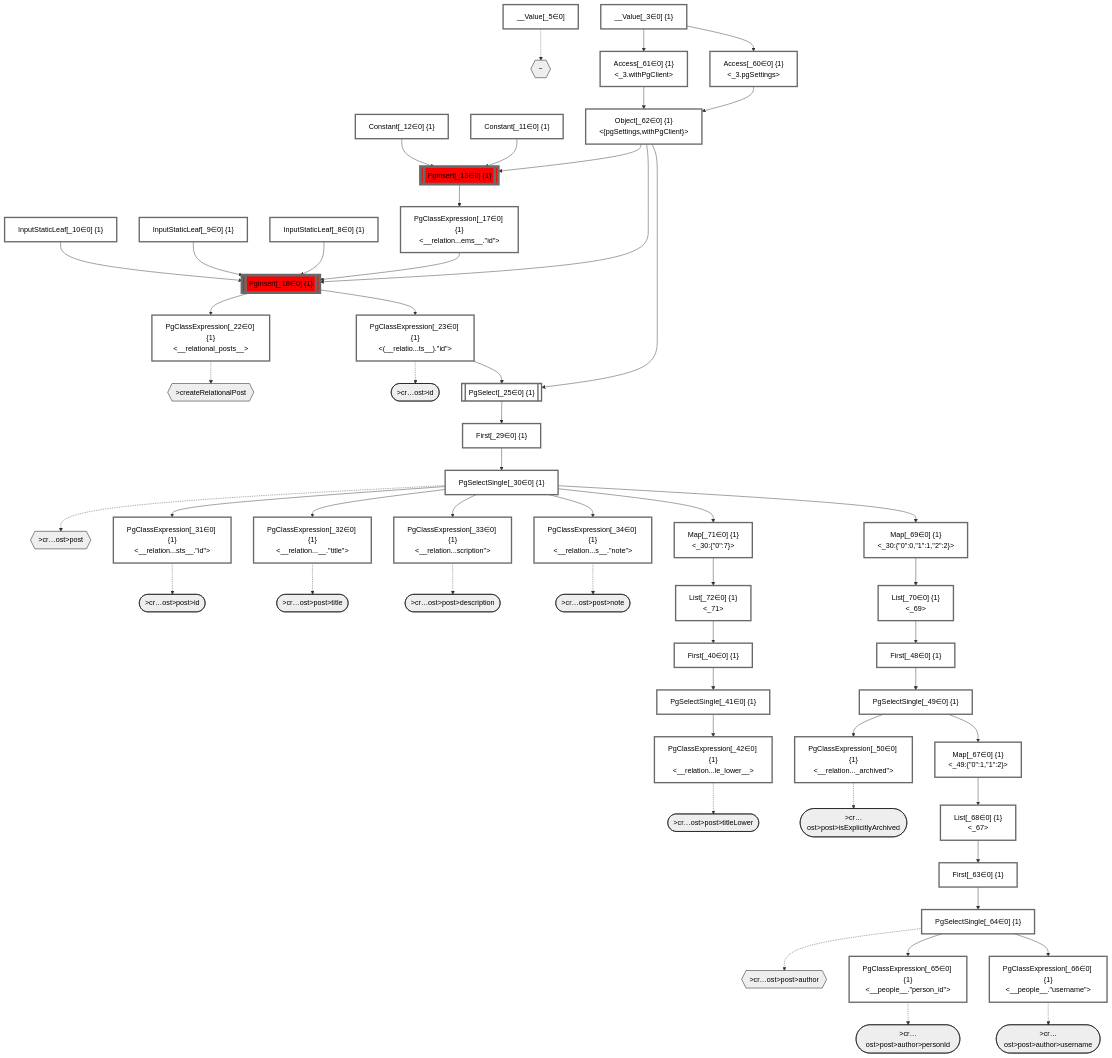
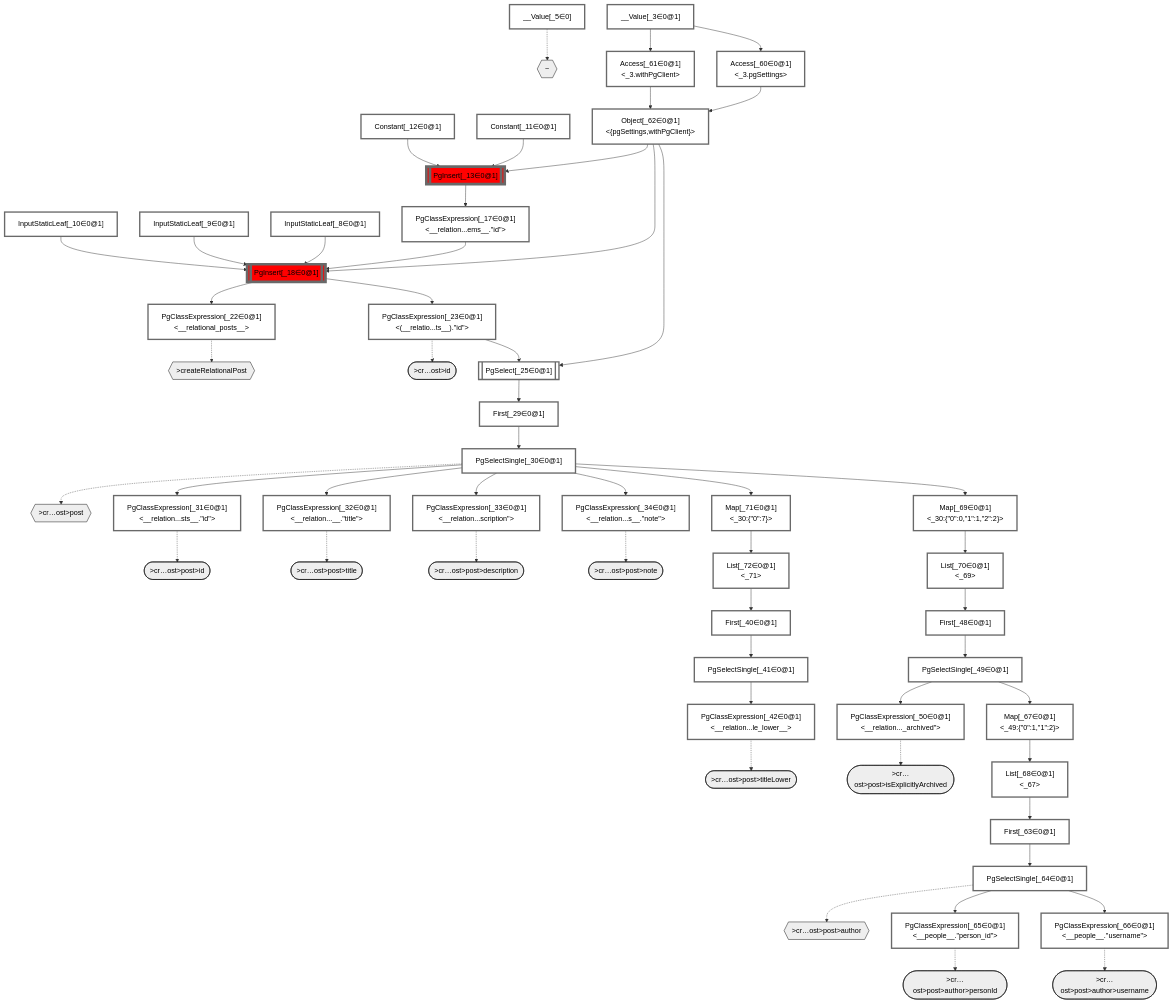
The diagram in packages/dataplan-pg/__tests__/mutations/basics/create-relational-post.mermaid.md (graphile/crystal), drawn with Mermaid before and after one commit. The commit also changed 41 other files, not shown here.

Commit message:
New mermaid output with primary group IDs

```diff
--- a/packages/dataplan-pg/__tests__/mutations/basics/create-relational-post.mermaid.md
+++ b/packages/dataplan-pg/__tests__/mutations/basics/create-relational-post.mermaid.md
@@ -34,44 +34,44 @@
     %% end
 
     %% define plans
-    __Value_3["__Value[_3∈0] {1}<br /><context>"]:::plan
+    __Value_3["__Value[_3∈0@1]<br /><context>"]:::plan
     __Value_5["__Value[_5∈0]<br /><rootValue>"]:::plan
-    InputStaticLeaf_8["InputStaticLeaf[_8∈0] {1}"]:::plan
-    InputStaticLeaf_9["InputStaticLeaf[_9∈0] {1}"]:::plan
-    InputStaticLeaf_10["InputStaticLeaf[_10∈0] {1}"]:::plan
-    Constant_11["Constant[_11∈0] {1}"]:::plan
-    Constant_12["Constant[_12∈0] {1}"]:::plan
-    PgInsert_13[["PgInsert[_13∈0] {1}"]]:::sideeffectplan
-    PgClassExpression_17["PgClassExpression[_17∈0] {1}<br /><__relation...ems__.#quot;id#quot;>"]:::plan
-    PgInsert_18[["PgInsert[_18∈0] {1}"]]:::sideeffectplan
-    PgClassExpression_22["PgClassExpression[_22∈0] {1}<br /><__relational_posts__>"]:::plan
-    PgClassExpression_23["PgClassExpression[_23∈0] {1}<br /><(__relatio...ts__).#quot;id#quot;>"]:::plan
-    PgSelect_25[["PgSelect[_25∈0] {1}<br /><relational_posts>"]]:::plan
-    First_29["First[_29∈0] {1}"]:::plan
-    PgSelectSingle_30["PgSelectSingle[_30∈0] {1}<br /><relational_posts>"]:::plan
-    PgClassExpression_31["PgClassExpression[_31∈0] {1}<br /><__relation...sts__.#quot;id#quot;>"]:::plan
-    PgClassExpression_32["PgClassExpression[_32∈0] {1}<br /><__relation...__.#quot;title#quot;>"]:::plan
-    PgClassExpression_33["PgClassExpression[_33∈0] {1}<br /><__relation...scription#quot;>"]:::plan
-    PgClassExpression_34["PgClassExpression[_34∈0] {1}<br /><__relation...s__.#quot;note#quot;>"]:::plan
-    First_40["First[_40∈0] {1}"]:::plan
-    PgSelectSingle_41["PgSelectSingle[_41∈0] {1}<br /><text>"]:::plan
-    PgClassExpression_42["PgClassExpression[_42∈0] {1}<br /><__relation...le_lower__>"]:::plan
-    First_48["First[_48∈0] {1}"]:::plan
-    PgSelectSingle_49["PgSelectSingle[_49∈0] {1}<br /><relational_items>"]:::plan
-    PgClassExpression_50["PgClassExpression[_50∈0] {1}<br /><__relation..._archived#quot;>"]:::plan
-    Access_60["Access[_60∈0] {1}<br /><_3.pgSettings>"]:::plan
-    Access_61["Access[_61∈0] {1}<br /><_3.withPgClient>"]:::plan
-    Object_62["Object[_62∈0] {1}<br /><{pgSettings,withPgClient}>"]:::plan
-    First_63["First[_63∈0] {1}"]:::plan
-    PgSelectSingle_64["PgSelectSingle[_64∈0] {1}<br /><people>"]:::plan
-    PgClassExpression_65["PgClassExpression[_65∈0] {1}<br /><__people__.#quot;person_id#quot;>"]:::plan
-    PgClassExpression_66["PgClassExpression[_66∈0] {1}<br /><__people__.#quot;username#quot;>"]:::plan
-    Map_67["Map[_67∈0] {1}<br /><_49:{#quot;0#quot;:1,#quot;1#quot;:2}>"]:::plan
-    List_68["List[_68∈0] {1}<br /><_67>"]:::plan
-    Map_69["Map[_69∈0] {1}<br /><_30:{#quot;0#quot;:0,#quot;1#quot;:1,#quot;2#quot;:2}>"]:::plan
-    List_70["List[_70∈0] {1}<br /><_69>"]:::plan
-    Map_71["Map[_71∈0] {1}<br /><_30:{#quot;0#quot;:7}>"]:::plan
-    List_72["List[_72∈0] {1}<br /><_71>"]:::plan
+    InputStaticLeaf_8["InputStaticLeaf[_8∈0@1]"]:::plan
+    InputStaticLeaf_9["InputStaticLeaf[_9∈0@1]"]:::plan
+    InputStaticLeaf_10["InputStaticLeaf[_10∈0@1]"]:::plan
+    Constant_11["Constant[_11∈0@1]"]:::plan
+    Constant_12["Constant[_12∈0@1]"]:::plan
+    PgInsert_13[["PgInsert[_13∈0@1]"]]:::sideeffectplan
+    PgClassExpression_17["PgClassExpression[_17∈0@1]<br /><__relation...ems__.#quot;id#quot;>"]:::plan
+    PgInsert_18[["PgInsert[_18∈0@1]"]]:::sideeffectplan
+    PgClassExpression_22["PgClassExpression[_22∈0@1]<br /><__relational_posts__>"]:::plan
+    PgClassExpression_23["PgClassExpression[_23∈0@1]<br /><(__relatio...ts__).#quot;id#quot;>"]:::plan
+    PgSelect_25[["PgSelect[_25∈0@1]<br /><relational_posts>"]]:::plan
+    First_29["First[_29∈0@1]"]:::plan
+    PgSelectSingle_30["PgSelectSingle[_30∈0@1]<br /><relational_posts>"]:::plan
+    PgClassExpression_31["PgClassExpression[_31∈0@1]<br /><__relation...sts__.#quot;id#quot;>"]:::plan
+    PgClassExpression_32["PgClassExpression[_32∈0@1]<br /><__relation...__.#quot;title#quot;>"]:::plan
+    PgClassExpression_33["PgClassExpression[_33∈0@1]<br /><__relation...scription#quot;>"]:::plan
+    PgClassExpression_34["PgClassExpression[_34∈0@1]<br /><__relation...s__.#quot;note#quot;>"]:::plan
+    First_40["First[_40∈0@1]"]:::plan
+    PgSelectSingle_41["PgSelectSingle[_41∈0@1]<br /><text>"]:::plan
+    PgClassExpression_42["PgClassExpression[_42∈0@1]<br /><__relation...le_lower__>"]:::plan
+    First_48["First[_48∈0@1]"]:::plan
+    PgSelectSingle_49["PgSelectSingle[_49∈0@1]<br /><relational_items>"]:::plan
+    PgClassExpression_50["PgClassExpression[_50∈0@1]<br /><__relation..._archived#quot;>"]:::plan
+    Access_60["Access[_60∈0@1]<br /><_3.pgSettings>"]:::plan
+    Access_61["Access[_61∈0@1]<br /><_3.withPgClient>"]:::plan
+    Object_62["Object[_62∈0@1]<br /><{pgSettings,withPgClient}>"]:::plan
+    First_63["First[_63∈0@1]"]:::plan
+    PgSelectSingle_64["PgSelectSingle[_64∈0@1]<br /><people>"]:::plan
+    PgClassExpression_65["PgClassExpression[_65∈0@1]<br /><__people__.#quot;person_id#quot;>"]:::plan
+    PgClassExpression_66["PgClassExpression[_66∈0@1]<br /><__people__.#quot;username#quot;>"]:::plan
+    Map_67["Map[_67∈0@1]<br /><_49:{#quot;0#quot;:1,#quot;1#quot;:2}>"]:::plan
+    List_68["List[_68∈0@1]<br /><_67>"]:::plan
+    Map_69["Map[_69∈0@1]<br /><_30:{#quot;0#quot;:0,#quot;1#quot;:1,#quot;2#quot;:2}>"]:::plan
+    List_70["List[_70∈0@1]<br /><_69>"]:::plan
+    Map_71["Map[_71∈0@1]<br /><_30:{#quot;0#quot;:7}>"]:::plan
+    List_72["List[_72∈0@1]<br /><_71>"]:::plan
 
     %% plan dependencies
     Object_62 --> PgInsert_13
```
